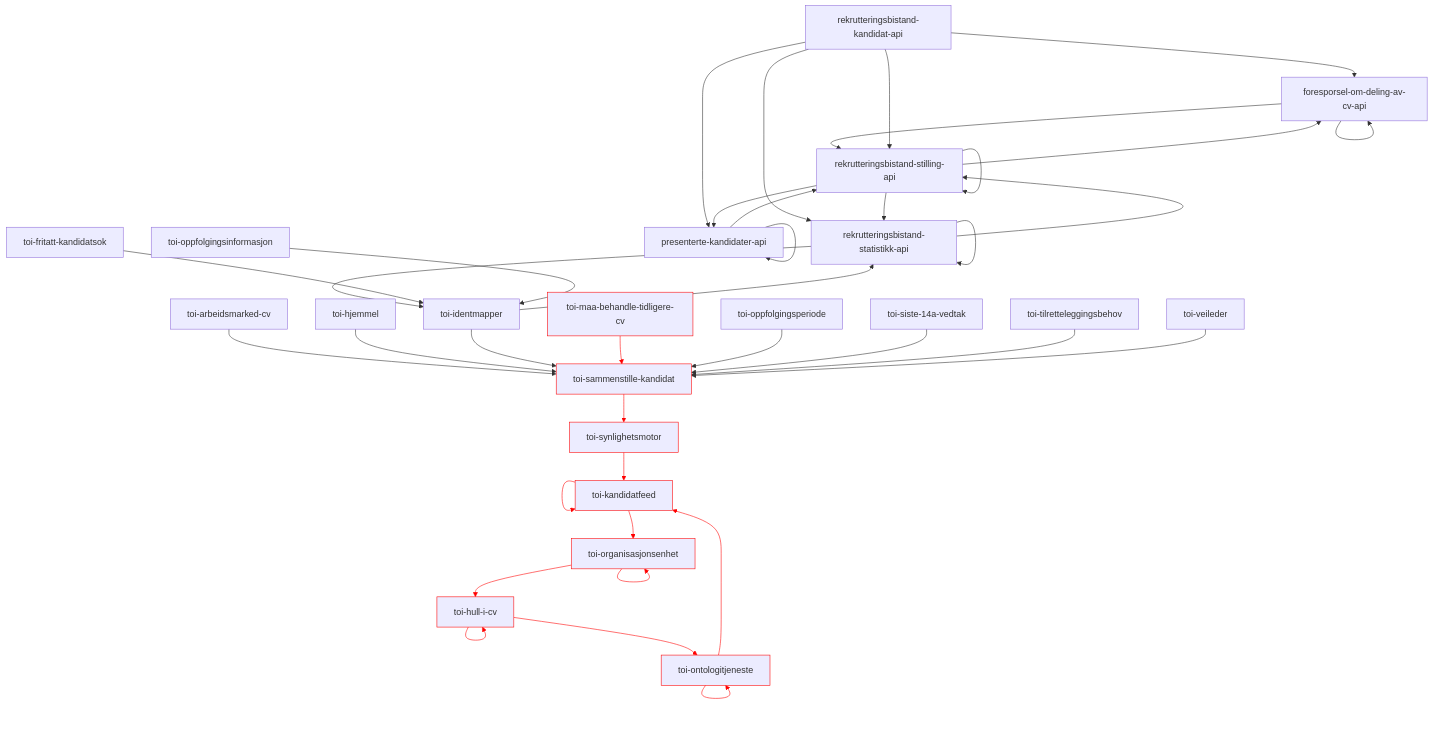
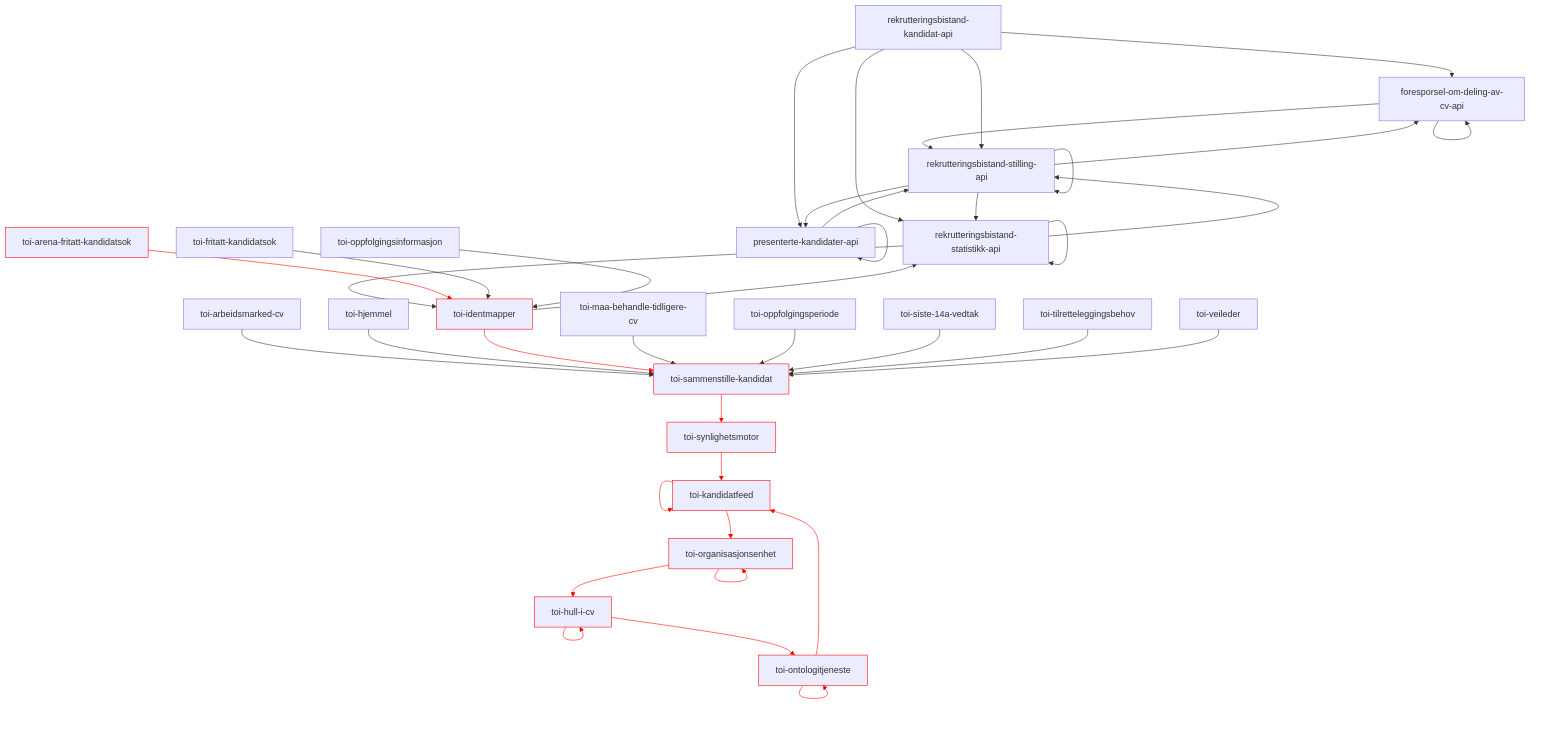
One commit to navikt/toi-rapids-and-rivers-grapher changed the fourth of 24 diagrams in README.md. Above: the diagram before and after it, drawn with Mermaid. The commit also changed other lines of this file, not shown here.

````diff
--- a/README.md
+++ b/README.md
@@ -137,42 +141,43 @@
 ```mermaid
 graph TD;
 foresporsel-om-deling-av-cv-api --> foresporsel-om-deling-av-cv-api;
 foresporsel-om-deling-av-cv-api --> rekrutteringsbistand-stilling-api;
 presenterte-kandidater-api --> presenterte-kandidater-api;
 presenterte-kandidater-api --> rekrutteringsbistand-stilling-api;
 rekrutteringsbistand-kandidat-api --> foresporsel-om-deling-av-cv-api;
 rekrutteringsbistand-kandidat-api --> presenterte-kandidater-api;
 rekrutteringsbistand-kandidat-api --> rekrutteringsbistand-statistikk-api;
 rekrutteringsbistand-kandidat-api --> rekrutteringsbistand-stilling-api;
 rekrutteringsbistand-statistikk-api --> rekrutteringsbistand-statistikk-api;
 rekrutteringsbistand-statistikk-api --> rekrutteringsbistand-stilling-api;
 rekrutteringsbistand-statistikk-api --> toi-identmapper;
 rekrutteringsbistand-stilling-api --> foresporsel-om-deling-av-cv-api;
 rekrutteringsbistand-stilling-api --> presenterte-kandidater-api;
 rekrutteringsbistand-stilling-api --> rekrutteringsbistand-statistikk-api;
 rekrutteringsbistand-stilling-api --> rekrutteringsbistand-stilling-api;
 toi-arbeidsmarked-cv --> toi-sammenstille-kandidat;
+toi-arena-fritatt-kandidatsok:::x --> toi-identmapper:::x;
 toi-fritatt-kandidatsok --> toi-identmapper;
 toi-hjemmel --> toi-sammenstille-kandidat;
 toi-hull-i-cv:::x --> toi-hull-i-cv:::x;
 toi-hull-i-cv:::x --> toi-ontologitjeneste:::x;
 toi-identmapper --> rekrutteringsbistand-statistikk-api;
-toi-identmapper --> toi-sammenstille-kandidat;
+toi-identmapper:::x --> toi-sammenstille-kandidat:::x;
 toi-kandidatfeed:::x --> toi-kandidatfeed:::x;
 toi-kandidatfeed:::x --> toi-organisasjonsenhet:::x;
-toi-maa-behandle-tidligere-cv:::x --> toi-sammenstille-kandidat:::x;
+toi-maa-behandle-tidligere-cv --> toi-sammenstille-kandidat;
 toi-ontologitjeneste:::x --> toi-kandidatfeed:::x;
 toi-ontologitjeneste:::x --> toi-ontologitjeneste:::x;
 toi-oppfolgingsinformasjon --> toi-identmapper;
 toi-oppfolgingsperiode --> toi-sammenstille-kandidat;
 toi-organisasjonsenhet:::x --> toi-hull-i-cv:::x;
 toi-organisasjonsenhet:::x --> toi-organisasjonsenhet:::x;
 toi-sammenstille-kandidat:::x --> toi-synlighetsmotor:::x;
 toi-siste-14a-vedtak --> toi-sammenstille-kandidat;
 toi-synlighetsmotor:::x --> toi-kandidatfeed:::x;
 toi-tilretteleggingsbehov --> toi-sammenstille-kandidat;
 toi-veileder --> toi-sammenstille-kandidat;
 
-linkStyle 18,19,22,23,24,25,26,29,30,31,33 stroke:red;
+linkStyle 16,19,20,22,23,24,26,27,30,31,32,34 stroke:red;
 classDef x stroke: red;
 ```
````
